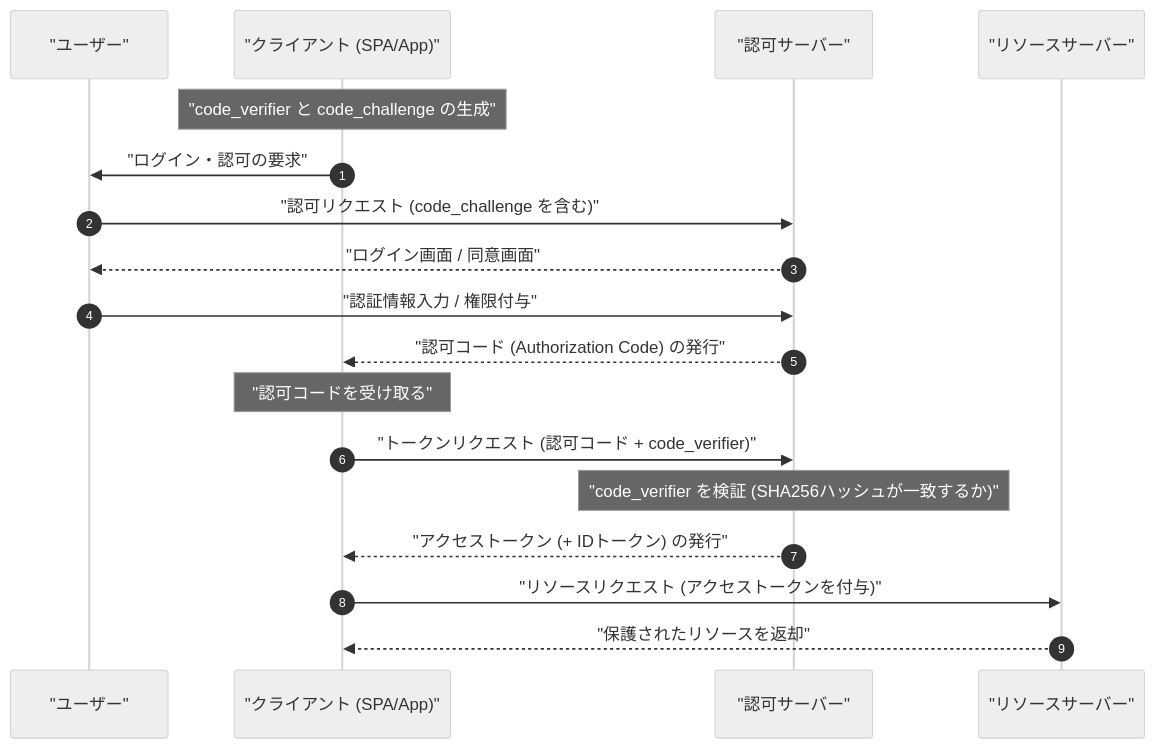
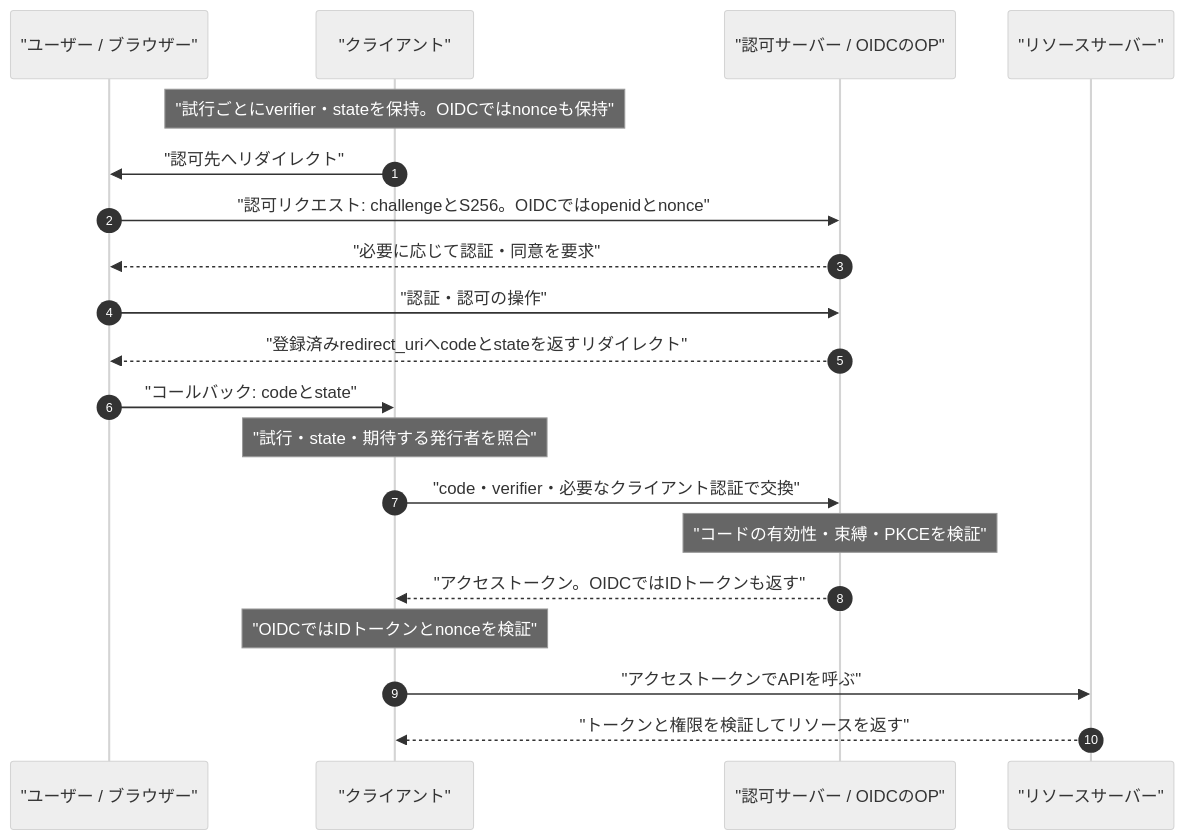
Before and after one commit to kenjinote/blog: the diagram in content/post/oauth2-oidc-authentication-authorization-difference/index.md, drawn with Mermaid (neutral theme). The commit also changed other lines of this file and 8 other files, not shown here.

````diff
--- a/content/post/oauth2-oidc-authentication-authorization-difference/index.md
+++ b/content/post/oauth2-oidc-authentication-authorization-difference/index.md
@@ -89,21 +90,22 @@
 ```mermaid
 sequenceDiagram
     autonumber
-    participant U as "ユーザー"
-    participant C as "クライアント (SPA/App)"
-    participant AS as "認可サーバー"
+    participant U as "ユーザー / ブラウザー"
+    participant C as "クライアント"
+    participant AS as "認可サーバー / OIDCのOP"
     participant RS as "リソースサーバー"
-
-    Note over C: "code_verifier と code_challenge の生成"
-    C->>U: "ログイン・認可の要求"
-    U->>AS: "認可リクエスト (code_challenge を含む)"
-    AS-->>U: "ログイン画面 / 同意画面"
-    U->>AS: "認証情報入力 / 権限付与"
-    AS-->>C: "認可コード (Authorization Code) の発行"
-    Note over C: "認可コードを受け取る"
-    C->>AS: "トークンリクエスト (認可コード + code_verifier)"
-    Note over AS: "code_verifier を検証 (SHA256ハッシュが一致するか)"
-    AS-->>C: "アクセストークン (+ IDトークン) の発行"
-    C->>RS: "リソースリクエスト (アクセストークンを付与)"
-    RS-->>C: "保護されたリソースを返却"
+    Note over C: "試行ごとにverifier・stateを保持。OIDCではnonceも保持"
+    C->>U: "認可先へリダイレクト"
+    U->>AS: "認可リクエスト: challengeとS256。OIDCではopenidとnonce"
+    AS-->>U: "必要に応じて認証・同意を要求"
+    U->>AS: "認証・認可の操作"
+    AS-->>U: "登録済みredirect_uriへcodeとstateを返すリダイレクト"
+    U->>C: "コールバック: codeとstate"
+    Note over C: "試行・state・期待する発行者を照合"
+    C->>AS: "code・verifier・必要なクライアント認証で交換"
+    Note over AS: "コードの有効性・束縛・PKCEを検証"
+    AS-->>C: "アクセストークン。OIDCではIDトークンも返す"
+    Note over C: "OIDCではIDトークンとnonceを検証"
+    C->>RS: "アクセストークンでAPIを呼ぶ"
+    RS-->>C: "トークンと権限を検証してリソースを返す"
 ```
````
